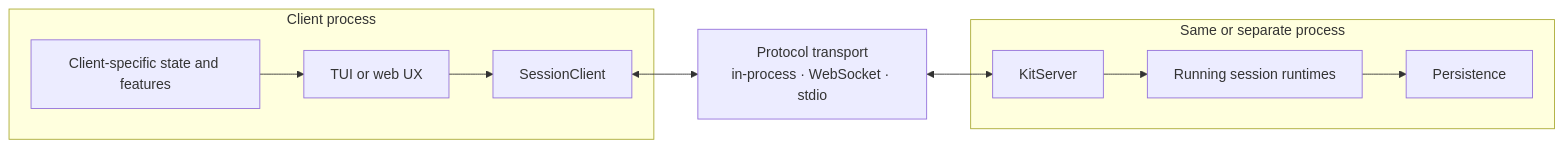
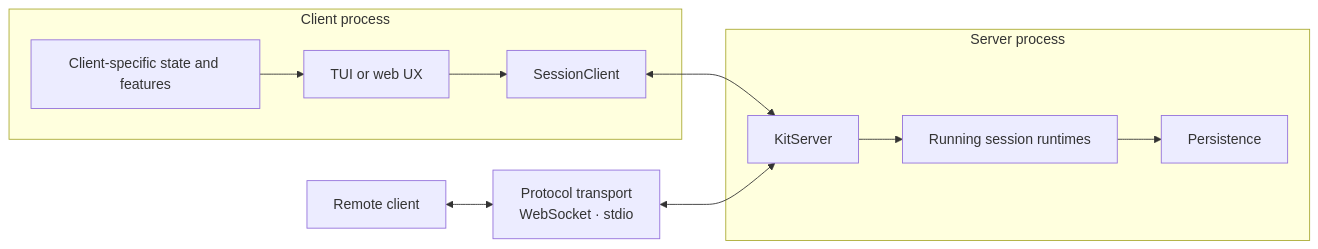
One commit to akonwi/kit changed the first of 2 diagrams in app/docs/adrs/0029-session-client-and-repository-boundaries.md. Above: the diagram before and after it, drawn with Mermaid. The commit also changed other lines of this file, not shown here.

Commit message:
docs(architecture): remove in-process transport layer

````diff
--- a/app/docs/adrs/0029-session-client-and-repository-boundaries.md
+++ b/app/docs/adrs/0029-session-client-and-repository-boundaries.md
@@ -75,23 +76,25 @@
 ```mermaid
 flowchart LR
     subgraph ClientProcess["Client process"]
         UI["TUI or web UX"]
         Client["SessionClient"]
         LocalState["Client-specific state and features"]
         UI --> Client
         LocalState --> UI
     end
 
-    Transport["Protocol transport<br/>in-process · WebSocket · stdio"]
+    Remote["Remote client"]
+    Transport["Protocol transport<br/>WebSocket · stdio"]
 
-    subgraph ServerProcess["Same or separate process"]
+    subgraph ServerProcess["Server process"]
         Server["KitServer"]
         Runtime["Running session runtimes"]
         Persistence["Persistence"]
         Server --> Runtime
         Runtime --> Persistence
     end
 
-    Client <--> Transport
+    Client <--> Server
+    Remote <--> Transport
     Transport <--> Server
 ```
````
